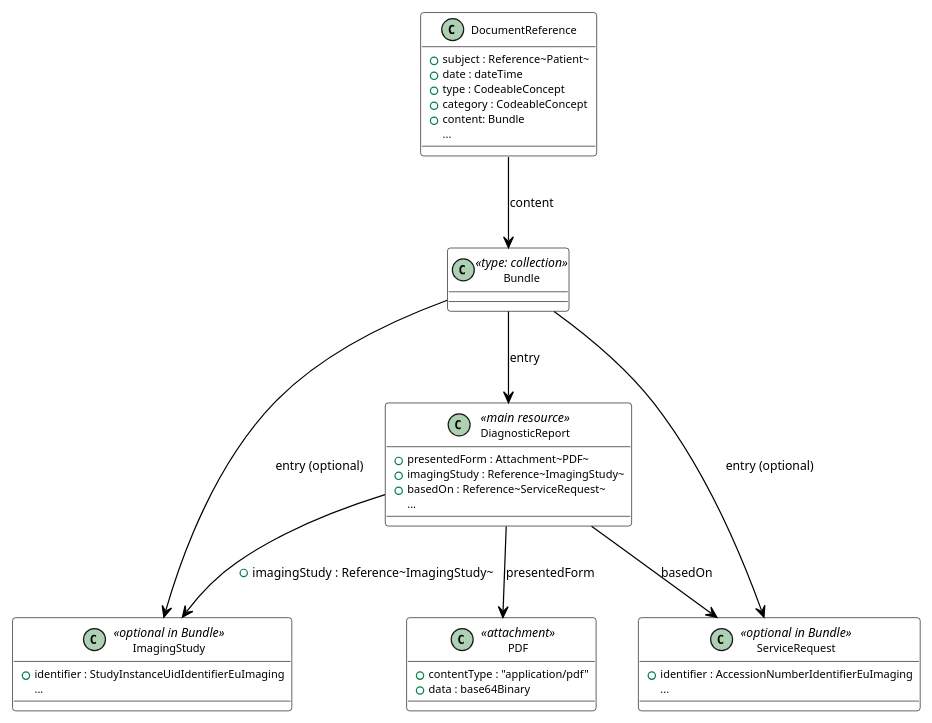
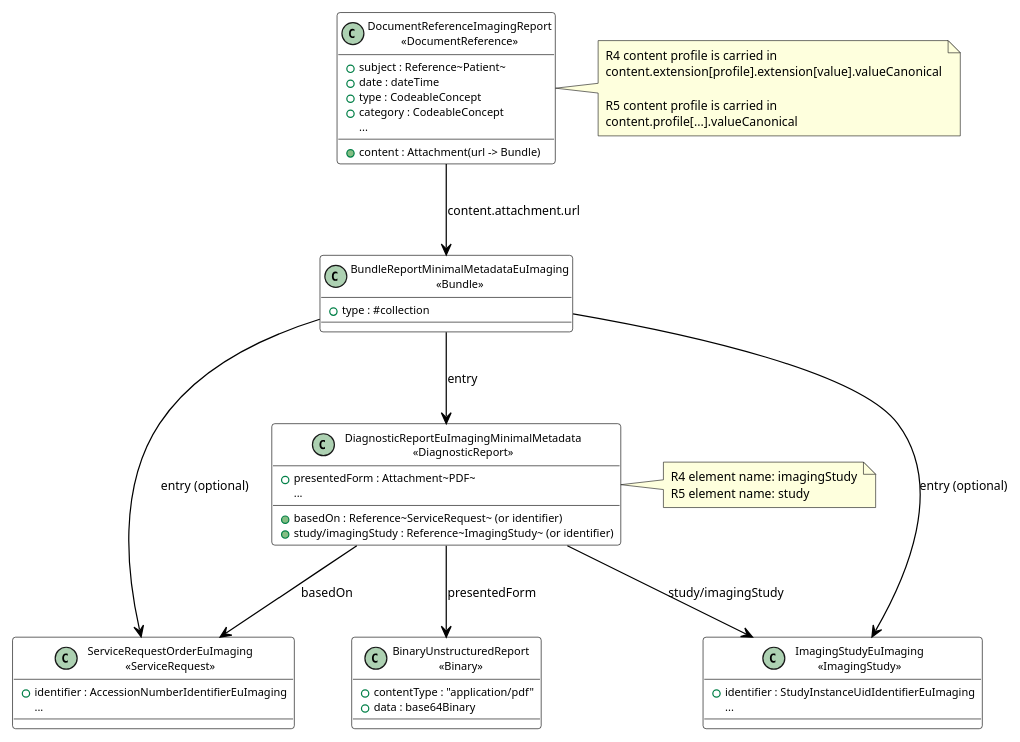
The diagram in igs/imaging-r4/input/images-source/data-format-basic-metadata.plantuml (hl7-eu/imaging), drawn with PlantUML before and after one commit. The commit also changed 136 other files, not shown here.

```diff
--- a/igs/imaging-r4/input/images-source/data-format-basic-metadata.plantuml
+++ b/igs/imaging-r4/input/images-source/data-format-basic-metadata.plantuml
@@ -1,56 +1,70 @@
 @startuml data-format-basic-metadata
 
 skinparam backgroundColor white
 skinparam handwritten false
 skinparam defaultFontSize 10
 skinparam classAttributeFontSize 9
 
 skinparam class {
   BackgroundColor White
   BorderColor Black
   ArrowColor Black
 }
 
-class DocumentReference {
+class "DocumentReferenceImagingReport\n<<DocumentReference>>" as DocumentReferenceImagingReport [[./StructureDefinition-DocumentReferenceImagingReport.html]] {
   +subject : Reference~Patient~
   +date : dateTime
   +type : CodeableConcept
   +category : CodeableConcept
-  +content: Bundle
+  +content : Attachment(url -> Bundle)
   ...
 }
 
-class Bundle <<type: collection>> {
+class "BundleReportMinimalMetadataEuImaging\n<<Bundle>>" as BundleReportMinimalMetadataEuImaging [[./StructureDefinition-BundleReportMinimalMetadataEuImaging.html]] {
+  +type : #collection
 }
 
-class DiagnosticReport <<main resource>> {
+class "DiagnosticReportEuImagingMinimalMetadata\n<<DiagnosticReport>>" as DiagnosticReportEuImagingMinimalMetadata [[./StructureDefinition-DiagnosticReportEuImagingMinimalMetadata.html]] {
   +presentedForm : Attachment~PDF~
-  +imagingStudy : Reference~ImagingStudy~
-  +basedOn : Reference~ServiceRequest~
+  +basedOn : Reference~ServiceRequest~ (or identifier)
+  +study/imagingStudy : Reference~ImagingStudy~ (or identifier)
   ...
 }
 
-class ImagingStudy <<optional in Bundle>> {
+class "ImagingStudyEuImaging\n<<ImagingStudy>>" as ImagingStudyEuImaging [[./StructureDefinition-ImagingStudyEuImaging.html]] {
   +identifier : StudyInstanceUidIdentifierEuImaging
   ...
 }
 
-class ServiceRequest <<optional in Bundle>> {
+class "ServiceRequestOrderEuImaging\n<<ServiceRequest>>" as ServiceRequestOrderEuImaging [[./StructureDefinition-ServiceRequestOrderEuImaging.html]] {
   +identifier : AccessionNumberIdentifierEuImaging
   ...
 }
 
-class PDF <<attachment>> {
+class "BinaryUnstructuredReport\n<<Binary>>" as BinaryUnstructuredReport [[./Binary-unstructured-pdf.html]] {
   +contentType : "application/pdf"
   +data : base64Binary
 }
 
-DocumentReference --> Bundle : content
-Bundle --> DiagnosticReport : entry
-Bundle --> ImagingStudy : entry (optional)
-Bundle --> ServiceRequest : entry (optional)
-DiagnosticReport --> PDF : presentedForm
-DiagnosticReport --> ImagingStudy : +imagingStudy : Reference~ImagingStudy~
-DiagnosticReport --> ServiceRequest : basedOn
+DocumentReferenceImagingReport --> BundleReportMinimalMetadataEuImaging : content.attachment.url
+BundleReportMinimalMetadataEuImaging --> DiagnosticReportEuImagingMinimalMetadata : entry
+BundleReportMinimalMetadataEuImaging --> ImagingStudyEuImaging : entry (optional)
+BundleReportMinimalMetadataEuImaging --> ServiceRequestOrderEuImaging : entry (optional)
+DiagnosticReportEuImagingMinimalMetadata --> BinaryUnstructuredReport : presentedForm
+DiagnosticReportEuImagingMinimalMetadata --> ImagingStudyEuImaging : study/imagingStudy
+DiagnosticReportEuImagingMinimalMetadata --> ServiceRequestOrderEuImaging : basedOn
+
+note right of DiagnosticReportEuImagingMinimalMetadata
+R4 element name: imagingStudy
+R5 element name: study
+end note
+
+note right of DocumentReferenceImagingReport
+R4 content profile is carried in
+content.extension[profile].extension[value].valueCanonical
+
+R5 content profile is carried in
+content.profile[...].valueCanonical
+end note
 
 @enduml
```
